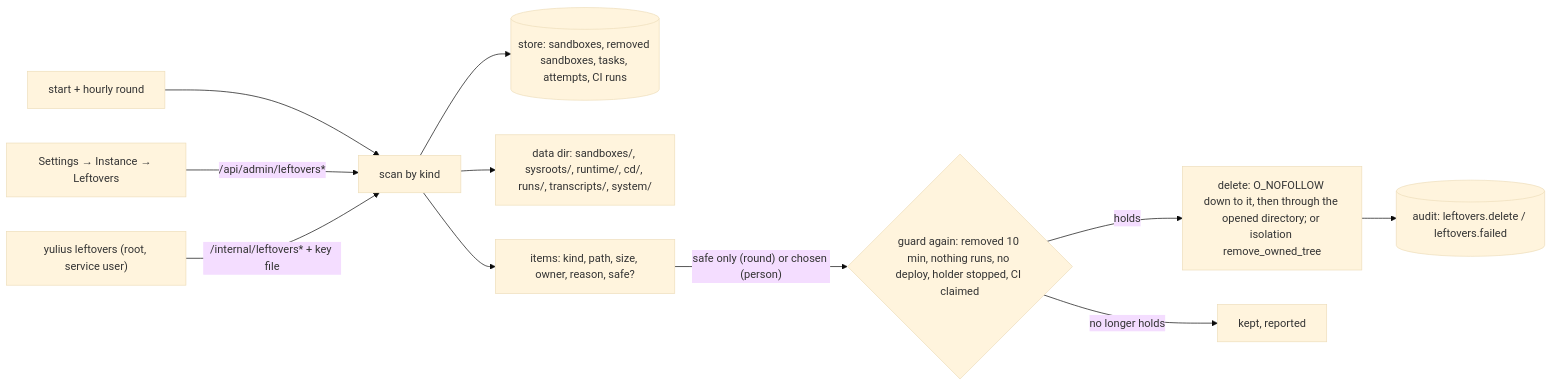
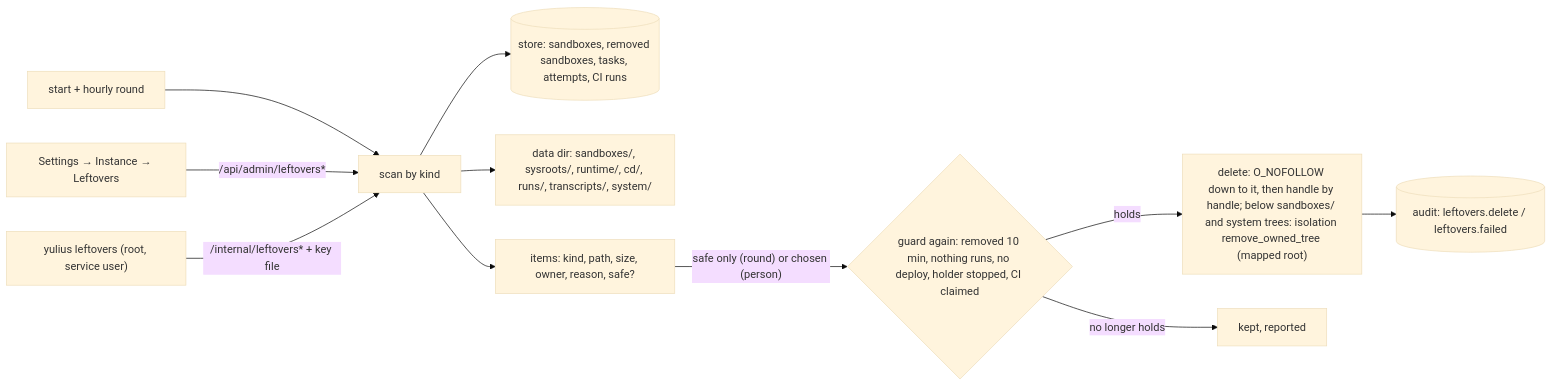
Before and after one commit to Quartio-Studio/yulius: the ninth of 47 diagrams in docs/architecture.md, drawn with Mermaid (base theme). The commit also changed other lines of this file and 14 other files, not shown here.

````diff
--- a/docs/architecture.md
+++ b/docs/architecture.md
@@ -311,13 +315,13 @@
 ```mermaid
 flowchart LR
   T["start + hourly round"] --> SC["scan by kind"]
   UI["Settings → Instance → Leftovers"] -->|"/api/admin/leftovers*"| SC
   CLI["yulius leftovers (root, service user)"] -->|"/internal/leftovers* + key file"| SC
   SC --> ST[("store: sandboxes, removed sandboxes, tasks, attempts, CI runs")]
   SC --> FS["data dir: sandboxes/, sysroots/, runtime/, cd/, runs/, transcripts/, system/"]
   SC --> L["items: kind, path, size, owner, reason, safe?"]
   L -->|"safe only (round) or chosen (person)"| G{"guard again: removed 10 min, nothing runs, no deploy, holder stopped, CI claimed"}
-  G -->|"holds"| D["delete: O_NOFOLLOW down to it, then through the opened directory; or isolation remove_owned_tree"]
+  G -->|"holds"| D["delete: O_NOFOLLOW down to it, then handle by handle; below sandboxes/ and system trees: isolation remove_owned_tree (mapped root)"]
   G -->|"no longer holds"| K["kept, reported"]
   D --> A[("audit: leftovers.delete / leftovers.failed")]
 ```
````
